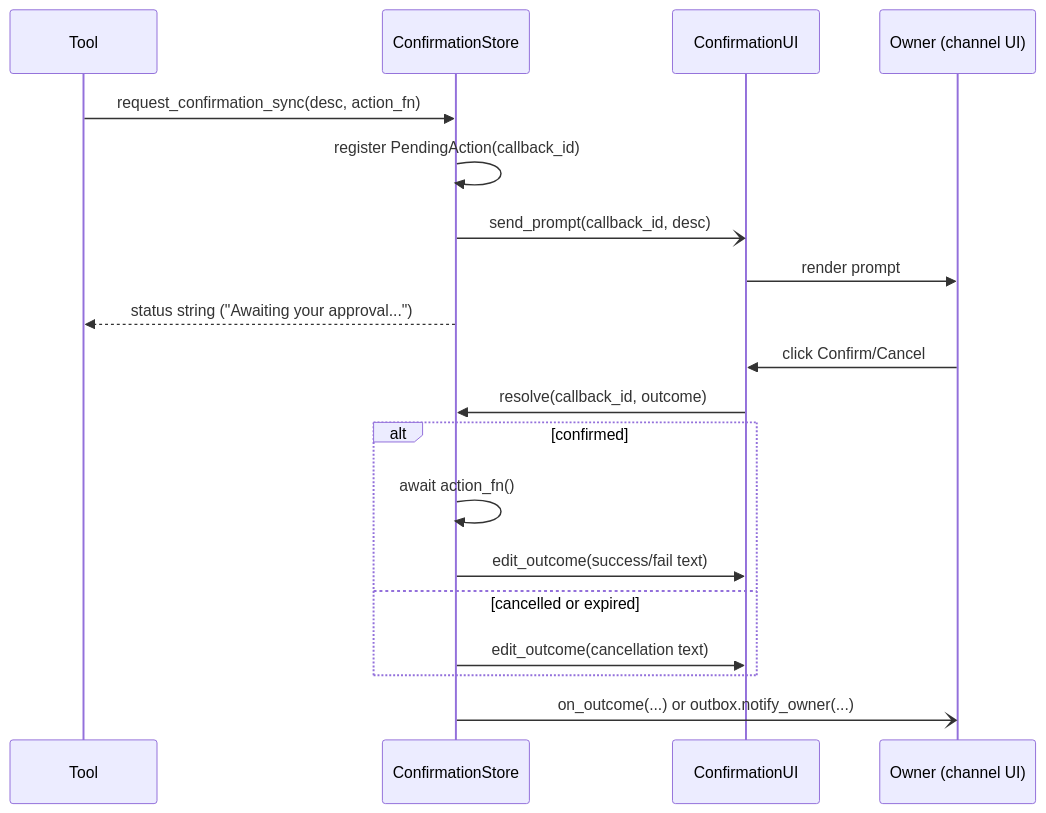
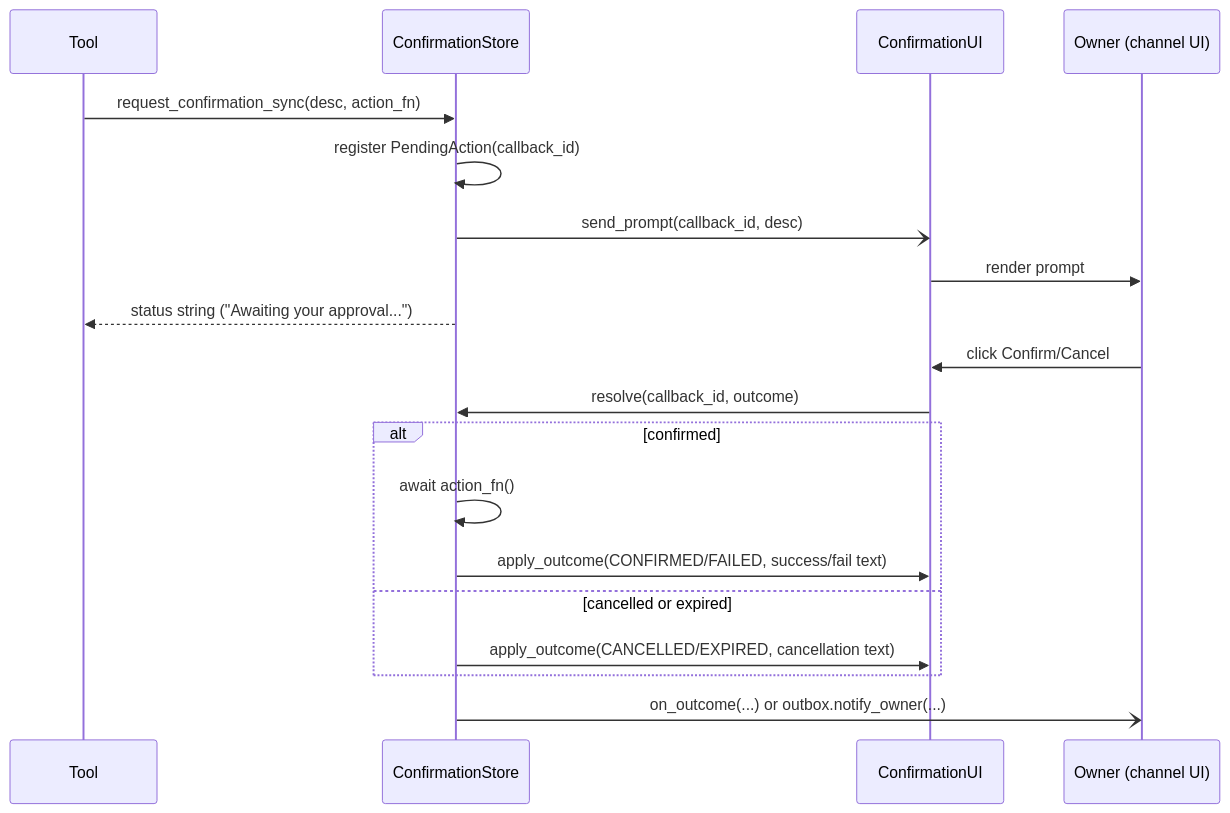
Before and after one commit to roiguri/jarvis-agent: the second of 2 diagrams in docs/architecture/GATEWAY.md, drawn with Mermaid. The commit also changed other lines of this file and 9 other files, not shown here.

````diff
--- a/docs/architecture/GATEWAY.md
+++ b/docs/architecture/GATEWAY.md
@@ -133,22 +133,22 @@
 ```mermaid
 sequenceDiagram
     participant Tool
     participant Store as ConfirmationStore
     participant UI as ConfirmationUI
     participant User as Owner (channel UI)
 
     Tool->>Store: request_confirmation_sync(desc, action_fn)
     Store->>Store: register PendingAction(callback_id)
     Store-)UI: send_prompt(callback_id, desc)
     UI->>User: render prompt
     Store-->>Tool: status string ("Awaiting your approval...")
     User->>UI: click Confirm/Cancel
     UI->>Store: resolve(callback_id, outcome)
     alt confirmed
         Store->>Store: await action_fn()
-        Store->>UI: edit_outcome(success/fail text)
+        Store->>UI: apply_outcome(CONFIRMED/FAILED, success/fail text)
     else cancelled or expired
-        Store->>UI: edit_outcome(cancellation text)
+        Store->>UI: apply_outcome(CANCELLED/EXPIRED, cancellation text)
     end
     Store-)User: on_outcome(...) or outbox.notify_owner(...)
 ```
````
